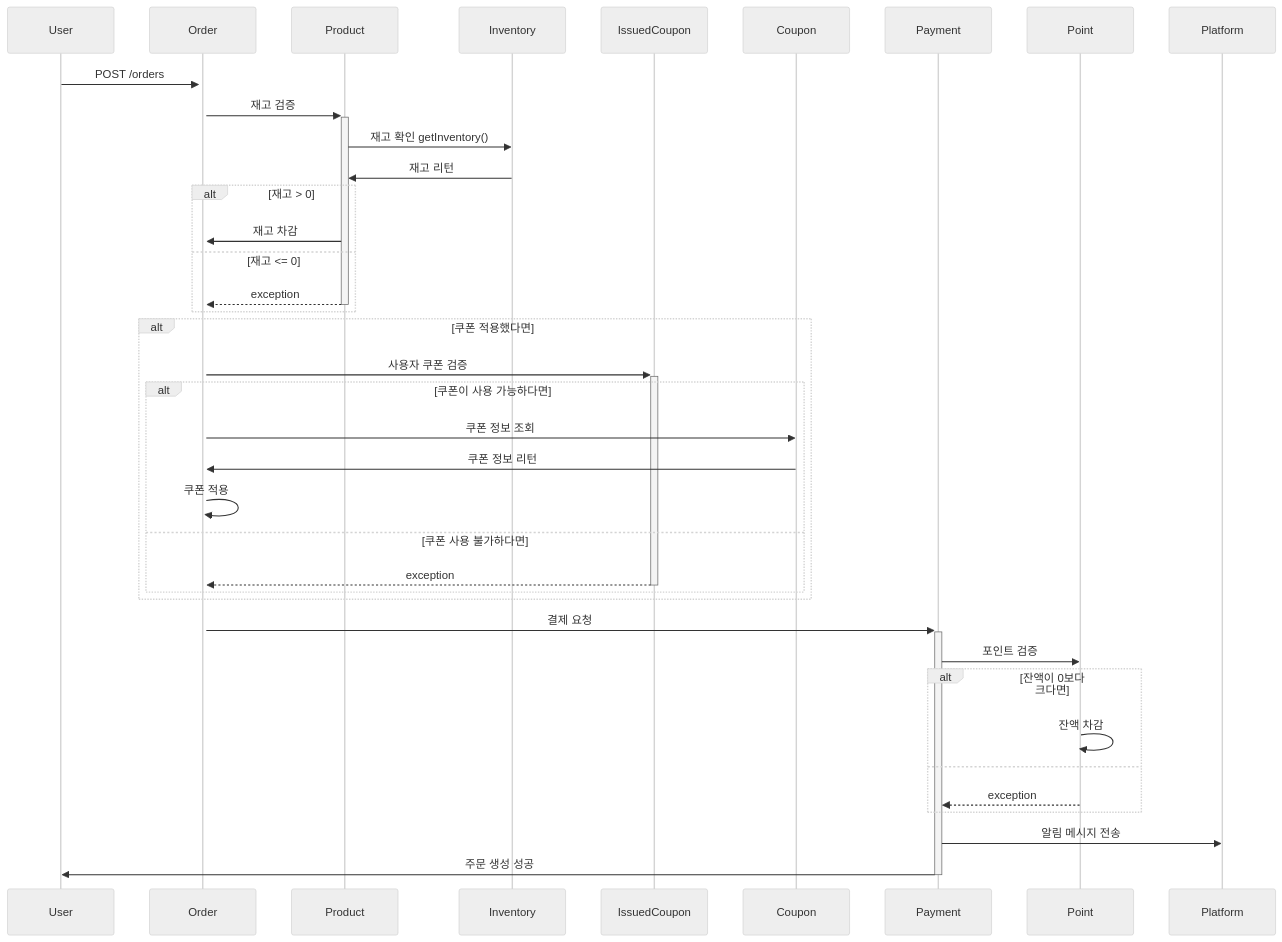
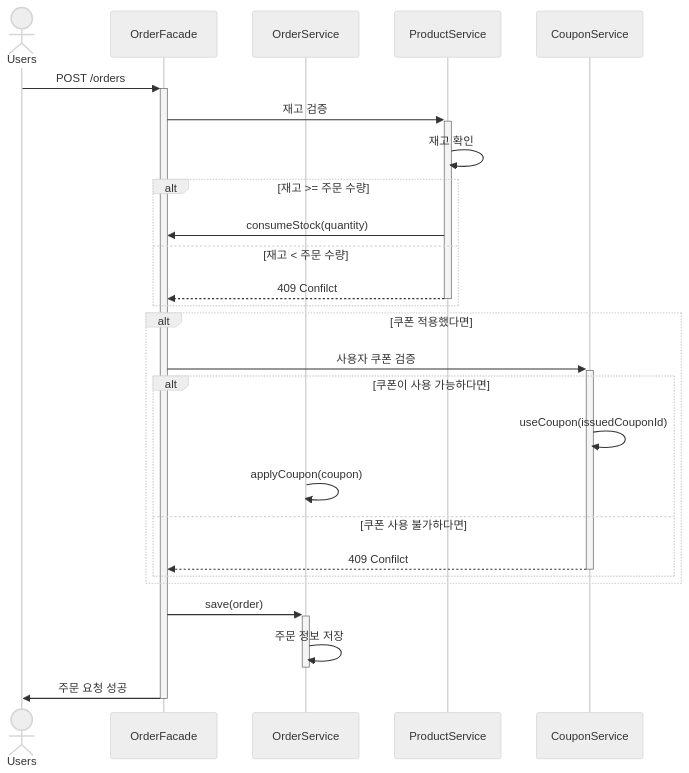
The third of 4 diagrams in docs/design/02-sequence-diagrams.md (o3ozzvb/kotlin-ecommerce), drawn with Mermaid (neutral theme) before and after one commit. The commit also changed other lines of this file, not shown here.

Commit message:
docs: 시퀀스 다이어그램 수정

````diff
--- a/docs/design/02-sequence-diagrams.md
+++ b/docs/design/02-sequence-diagrams.md
@@ -55,43 +59,32 @@
 ```mermaid
 sequenceDiagram
-	participant User
-	participant Order
-	participant Product
-	participant Inventory
-	participant IssuedCoupon
-	participant Coupon
-	participant Payment
-	participant Point
-	participant Platform
+	actor Users
+	participant OF as OrderFacade
+	participant OS as OrderService
+	participant PS as ProductService
+	participant CS as CouponService
 
-	User->>+Order: POST /orders
-	Order->>+Product: 재고 검증
-	Product->>Inventory: 재고 확인 getInventory()
-	Inventory->>Product: 재고 리턴
+    Users->>+OF: POST /orders
+    OF->>+PS: 재고 검증
+    PS->>PS: 재고 확인
 	
-	alt 재고 > 0
-	Product->>Order: 재고 차감
-	else 재고 <= 0
-	Product-->>-Order: exception
+	alt 재고 >= 주문 수량
+	PS->>OF: consumeStock(quantity)
+	else 재고 < 주문 수량
+	PS-->>-OF: 409 Confilct
 	end
 	
 	alt 쿠폰 적용했다면
-	Order->>+IssuedCoupon: 사용자 쿠폰 검증
+	OF->>+CS: 사용자 쿠폰 검증
 		alt 쿠폰이 사용 가능하다면
-		Order->>Coupon: 쿠폰 정보 조회
-		Coupon->>Order: 쿠폰 정보 리턴
-		Order->>Order: 쿠폰 적용
+		CS->>CS: useCoupon(issuedCouponId)
+		OS->>OS: applyCoupon(coupon)
 		else 쿠폰 사용 불가하다면
-		IssuedCoupon-->>-Order: exception
+		CS-->>-OF: 409 Confilct
 		end
-	end
-	Order->>+Payment: 결제 요청
-	Payment->>Point: 포인트 검증
-	alt 잔액이 0보다 크다면
-		Point->>Point: 잔액 차감
-	else 
-		Point-->>Payment: exception
-	end
-	Payment->>Platform: 알림 메시지 전송
-  Payment->>-User: 주문 생성 성공
+    end
+    OF->>+OS: save(order)
+    OS->>-OS: 주문 정보 저장
+    OF->>-Users: 주문 요청 성공
+	
 ```
````
